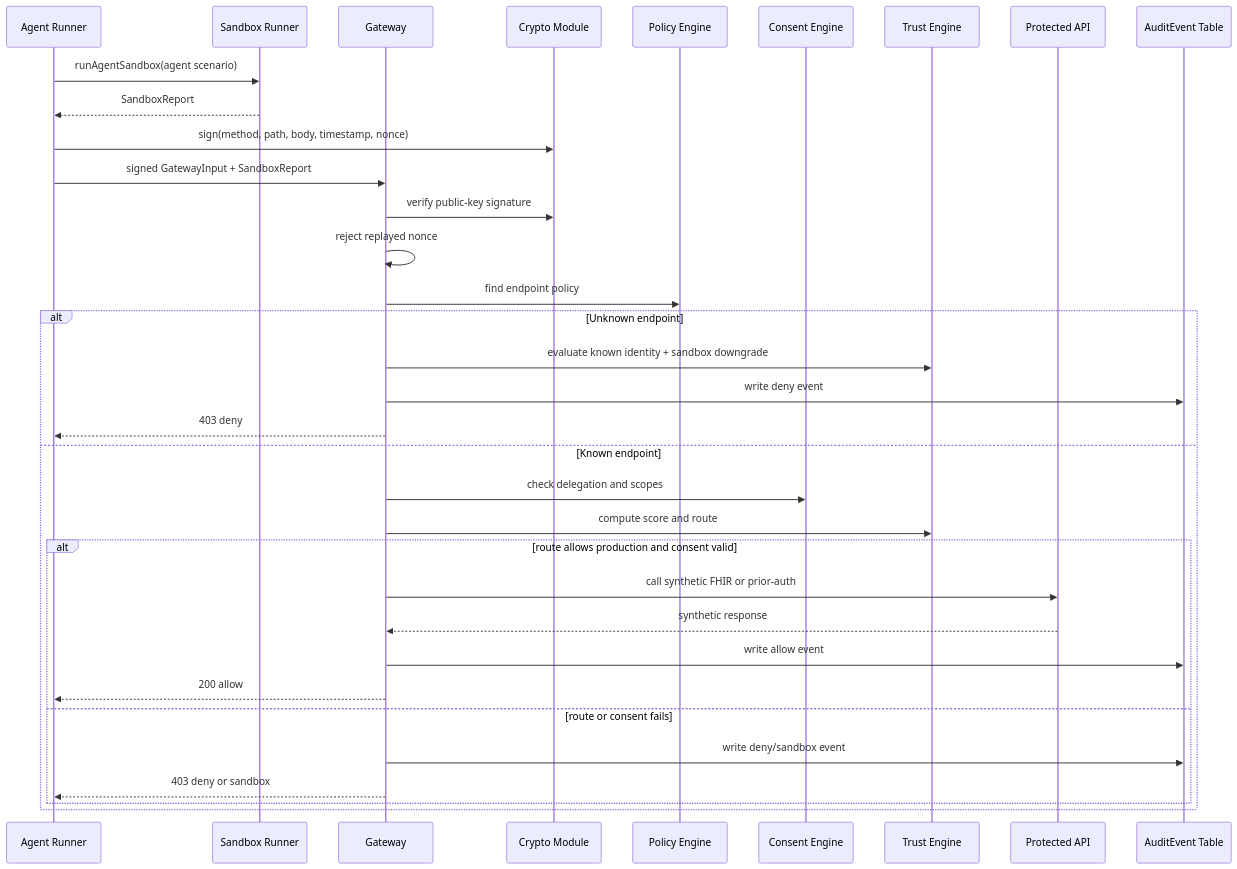
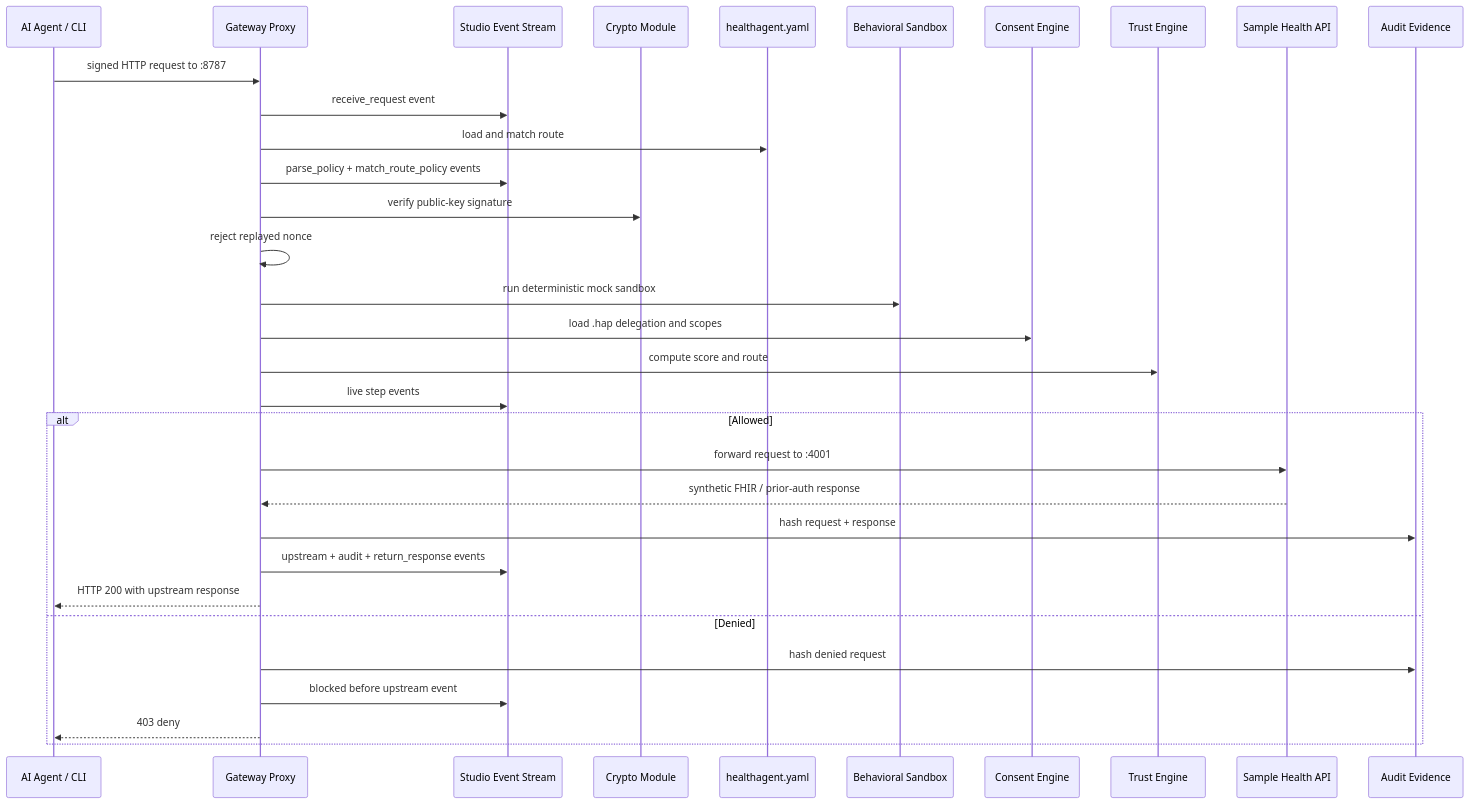
One commit to roshaninfordham/healthagentpassport changed the fourth of 9 diagrams in docs/architecture.md. Above: the diagram before and after it, drawn with Mermaid. The commit also changed other lines of this file and 56 other files, not shown here.

````diff
--- a/docs/architecture.md
+++ b/docs/architecture.md
@@ -92,37 +119,35 @@
 ```mermaid
 sequenceDiagram
-  participant Agent as Agent Runner
-  participant Sandbox as Sandbox Runner
-  participant Gateway as Gateway
+  participant Agent as AI Agent / CLI
+  participant Gateway as Gateway Proxy
+  participant Studio as Studio Event Stream
   participant Crypto as Crypto Module
-  participant Policy as Policy Engine
+  participant Policy as healthagent.yaml
+  participant Sandbox as Behavioral Sandbox
   participant Consent as Consent Engine
   participant Trust as Trust Engine
-  participant Upstream as Protected API
-  participant Audit as AuditEvent Table
+  participant Upstream as Sample Health API
+  participant Audit as Audit Evidence
 
-  Agent->>Sandbox: runAgentSandbox(agent scenario)
-  Sandbox-->>Agent: SandboxReport
-  Agent->>Crypto: sign(method, path, body, timestamp, nonce)
-  Agent->>Gateway: signed GatewayInput + SandboxReport
+  Agent->>Gateway: signed HTTP request to :8787
+  Gateway->>Studio: receive_request event
+  Gateway->>Policy: load and match route
+  Gateway->>Studio: parse_policy + match_route_policy events
   Gateway->>Crypto: verify public-key signature
   Gateway->>Gateway: reject replayed nonce
-  Gateway->>Policy: find endpoint policy
-  alt Unknown endpoint
-    Gateway->>Trust: evaluate known identity + sandbox downgrade
-    Gateway->>Audit: write deny event
+  Gateway->>Sandbox: run deterministic mock sandbox
+  Gateway->>Consent: load .hap delegation and scopes
+  Gateway->>Trust: compute score and route
+  Gateway->>Studio: live step events
+  alt Allowed
+    Gateway->>Upstream: forward request to :4001
+    Upstream-->>Gateway: synthetic FHIR / prior-auth response
+    Gateway->>Audit: hash request + response
+    Gateway->>Studio: upstream + audit + return_response events
+    Gateway-->>Agent: HTTP 200 with upstream response
+  else Denied
+    Gateway->>Audit: hash denied request
+    Gateway->>Studio: blocked before upstream event
     Gateway-->>Agent: 403 deny
-  else Known endpoint
-    Gateway->>Consent: check delegation and scopes
-    Gateway->>Trust: compute score and route
-    alt route allows production and consent valid
-      Gateway->>Upstream: call synthetic FHIR or prior-auth
-      Upstream-->>Gateway: synthetic response
-      Gateway->>Audit: write allow event
-      Gateway-->>Agent: 200 allow
-    else route or consent fails
-      Gateway->>Audit: write deny/sandbox event
-      Gateway-->>Agent: 403 deny or sandbox
-    end
   end
 ```
````
